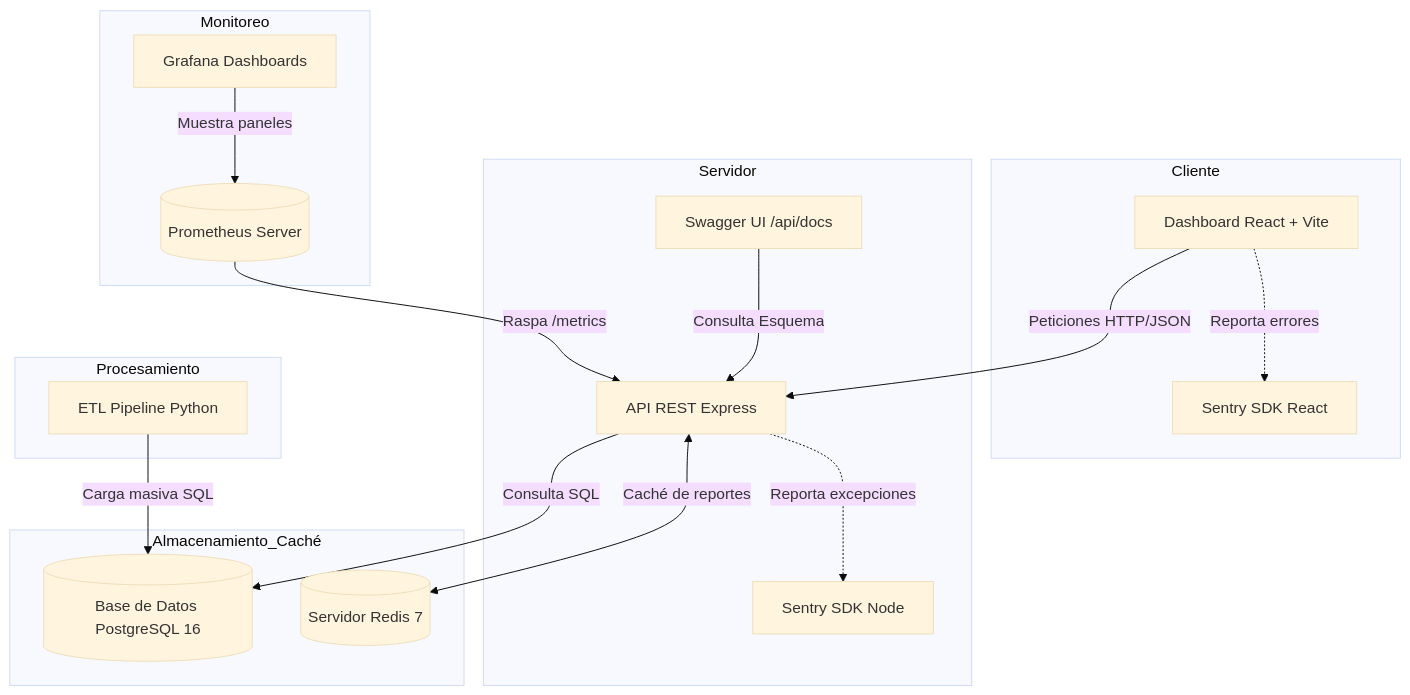
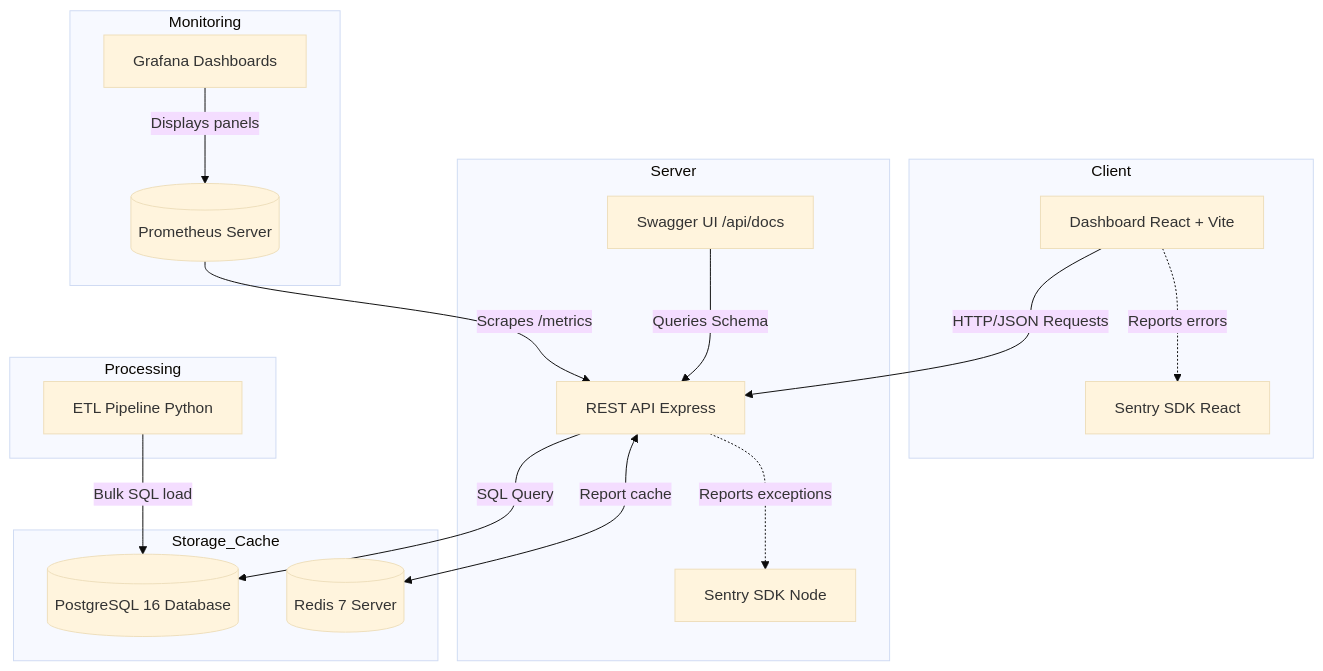
The first of 5 diagrams in README.md (alexander-tinoco/nominas), drawn with Mermaid (base theme) before and after one commit. The commit also changed other lines of this file, not shown here.

````diff
--- a/README.md
+++ b/README.md
@@ -27,33 +27,33 @@
 ```mermaid
 graph TD
-    subgraph Cliente
+    subgraph Client
         A[Dashboard React + Vite]
         S_Front[Sentry SDK React]
     end
-    subgraph Servidor
-        B[API REST Express]
+    subgraph Server
+        B[REST API Express]
         E[Swagger UI /api/docs]
         S_Back[Sentry SDK Node]
     end
-    subgraph Almacenamiento_Caché
-        C[(Base de Datos PostgreSQL 16)]
-        R[(Servidor Redis 7)]
+    subgraph Storage_Cache
+        C[(PostgreSQL 16 Database)]
+        R[(Redis 7 Server)]
     end
-    subgraph Monitoreo
+    subgraph Monitoring
         P[(Prometheus Server)]
         G[Grafana Dashboards]
     end
-    subgraph Procesamiento
+    subgraph Processing
         D[ETL Pipeline Python]
     end
 
-    A -->|Peticiones HTTP/JSON| B
-    A -.->|Reporta errores| S_Front
-    B -->|Consulta SQL| C
-    B <-->|Caché de reportes| R
-    B -.->|Reporta excepciones| S_Back
-    E -->|Consulta Esquema| B
-    D -->|Carga masiva SQL| C
-    P -->|Raspa /metrics| B
-    G -->|Muestra paneles| P
+    A -->|HTTP/JSON Requests| B
+    A -.->|Reports errors| S_Front
+    B -->|SQL Query| C
+    B <-->|Report cache| R
+    B -.->|Reports exceptions| S_Back
+    E -->|Queries Schema| B
+    D -->|Bulk SQL load| C
+    P -->|Scrapes /metrics| B
+    G -->|Displays panels| P
 ```
````
